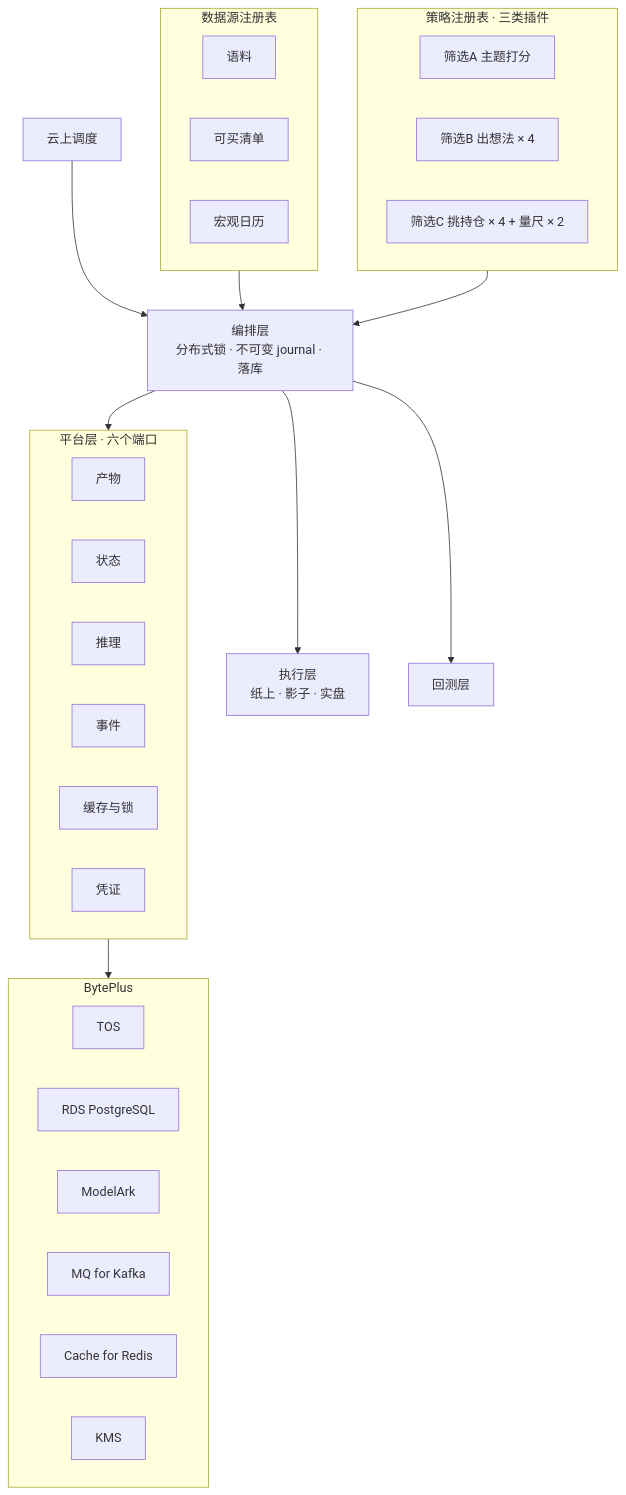
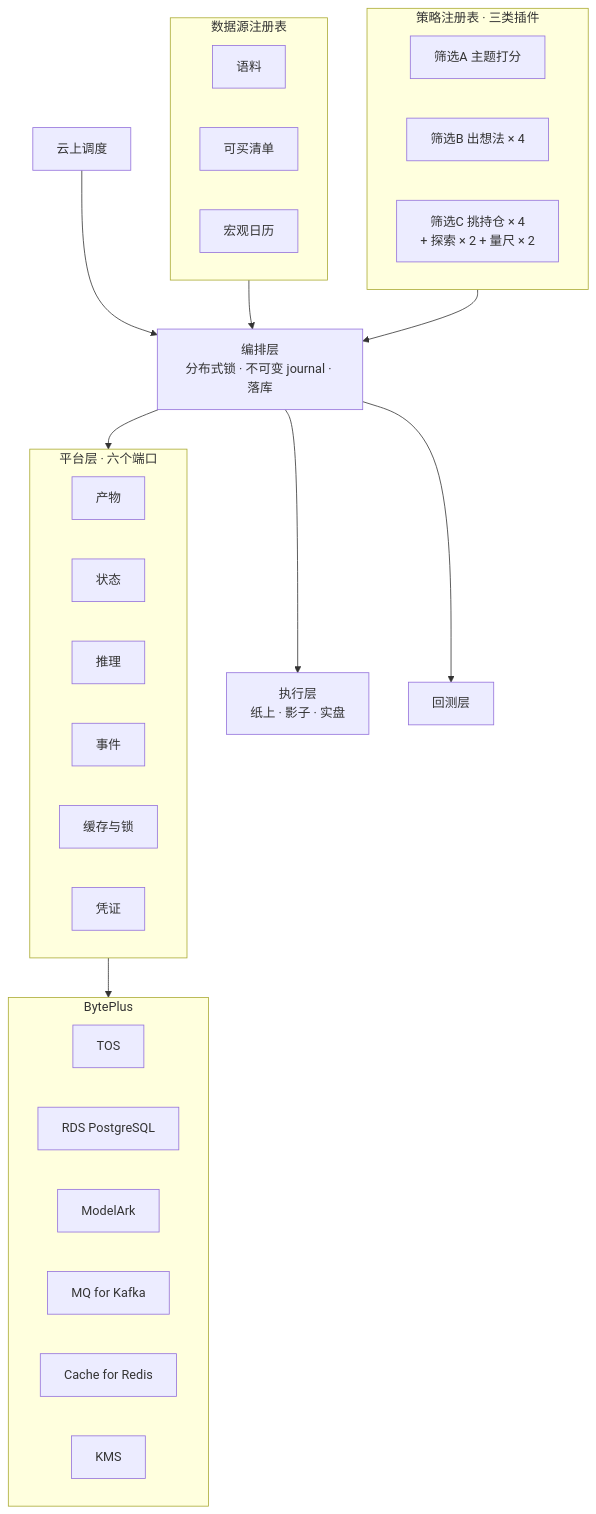
Before and after one commit to YuesongCai/IdeaGen40: the second of 2 diagrams in README.md, drawn with Mermaid. The commit also changed other lines of this file and 3 other files, not shown here.

````diff
--- a/README.md
+++ b/README.md
@@ -95,37 +96,37 @@
 ```mermaid
 flowchart TB
   subgraph STRAT["策略注册表 · 三类插件"]
     S1["筛选A 主题打分"]
     S2["筛选B 出想法 × 4"]
-    S3["筛选C 挑持仓 × 4 + 量尺 × 2"]
+    S3["筛选C 挑持仓 × 4<br/>+ 探索 × 2 + 量尺 × 2"]
   end
   subgraph FEED["数据源注册表"]
     F1["语料"]
     F2["可买清单"]
     F3["宏观日历"]
   end
   ORCH["编排层<br/>分布式锁 · 不可变 journal · 落库"]
   subgraph PORT["平台层 · 六个端口"]
     P1["产物"]
     P2["状态"]
     P3["推理"]
     P4["事件"]
     P5["缓存与锁"]
     P6["凭证"]
   end
   subgraph BP["BytePlus"]
     B1["TOS"]
     B2["RDS PostgreSQL"]
     B3["ModelArk"]
     B4["MQ for Kafka"]
     B5["Cache for Redis"]
     B6["KMS"]
   end
   FEED --> ORCH
   STRAT --> ORCH
   ORCH --> PORT
   PORT --> BP
   ORCH --> EXE["执行层<br/>纸上 · 影子 · 实盘"]
   ORCH --> BT["回测层"]
   SCHED["云上调度"] --> ORCH
 ```
````
